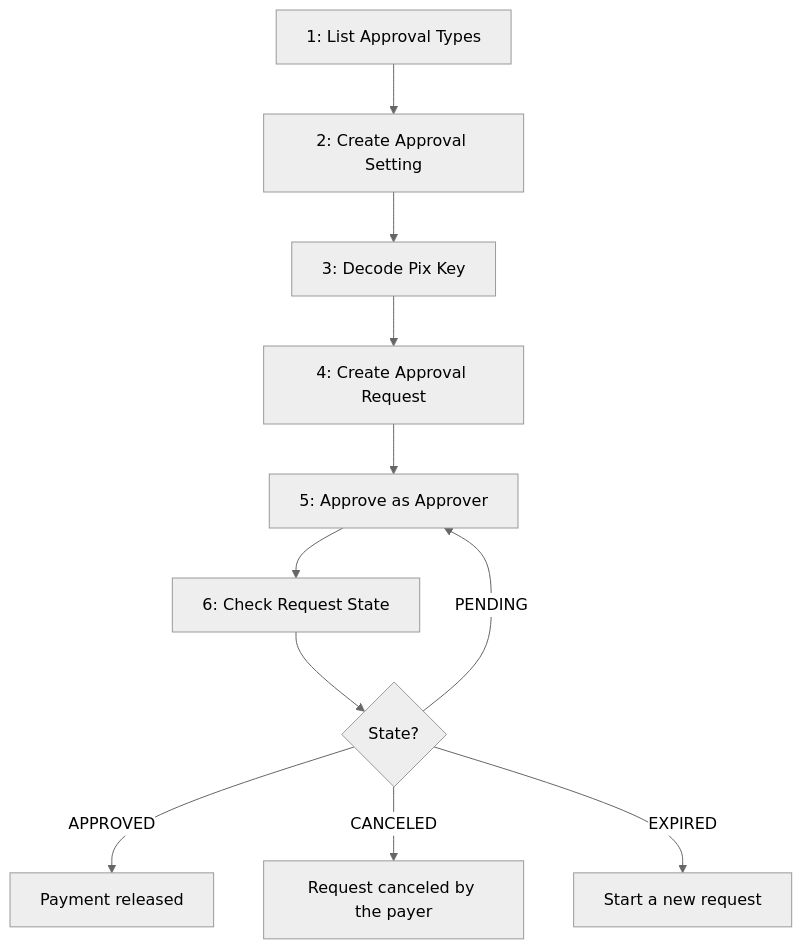
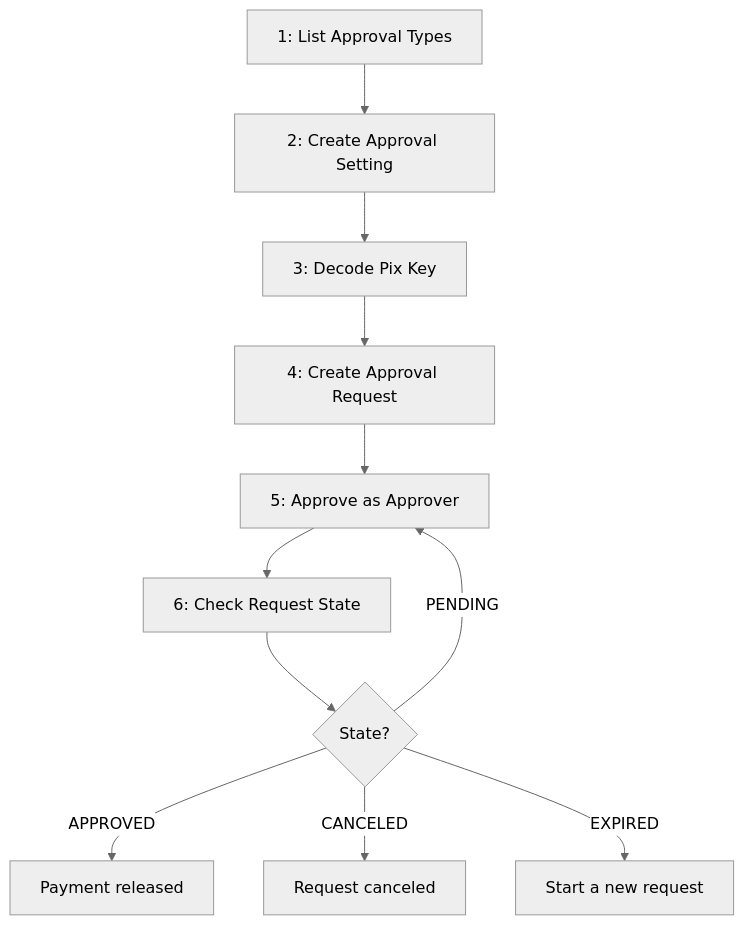
The diagram in docs/baas/guides/transaction-approval.md (coinwise-io/zrobank-doc-api), drawn with Mermaid (neutral theme) before and after one commit. The commit also changed other lines of this file, not shown here.

````diff
--- a/docs/baas/guides/transaction-approval.md
+++ b/docs/baas/guides/transaction-approval.md
@@ -27,13 +27,13 @@
 ```mermaid
 graph TD
     A[1: List Approval Types] --> B[2: Create Approval Setting]
     B --> C[3: Decode Pix Key]
     C --> D[4: Create Approval Request]
     D --> E[5: Approve as Approver]
     E --> F[6: Check Request State]
     F --> G{State?}
     G -- PENDING --> E
     G -- APPROVED --> H[Payment released]
-    G -- CANCELED --> I[Request canceled by the payer]
+    G -- CANCELED --> I[Request canceled]
     G -- EXPIRED --> J[Start a new request]
 ```
````
